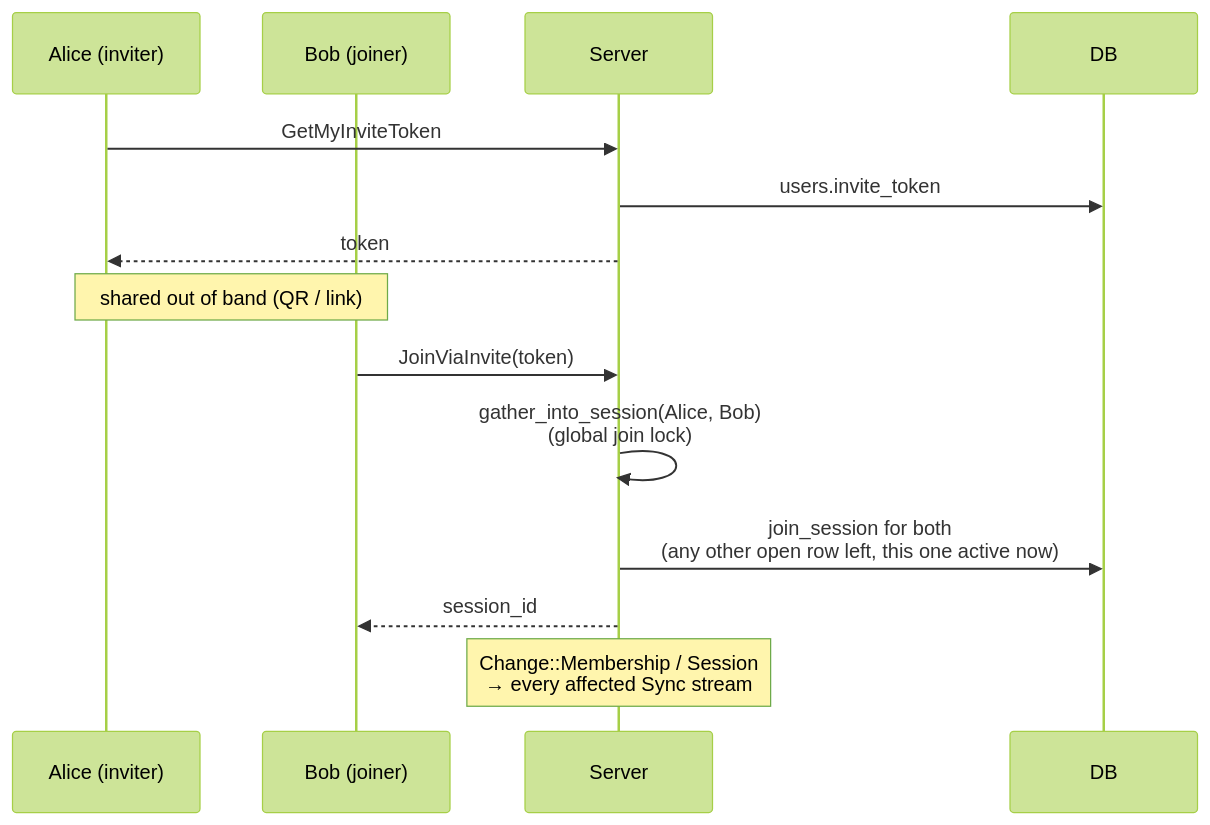
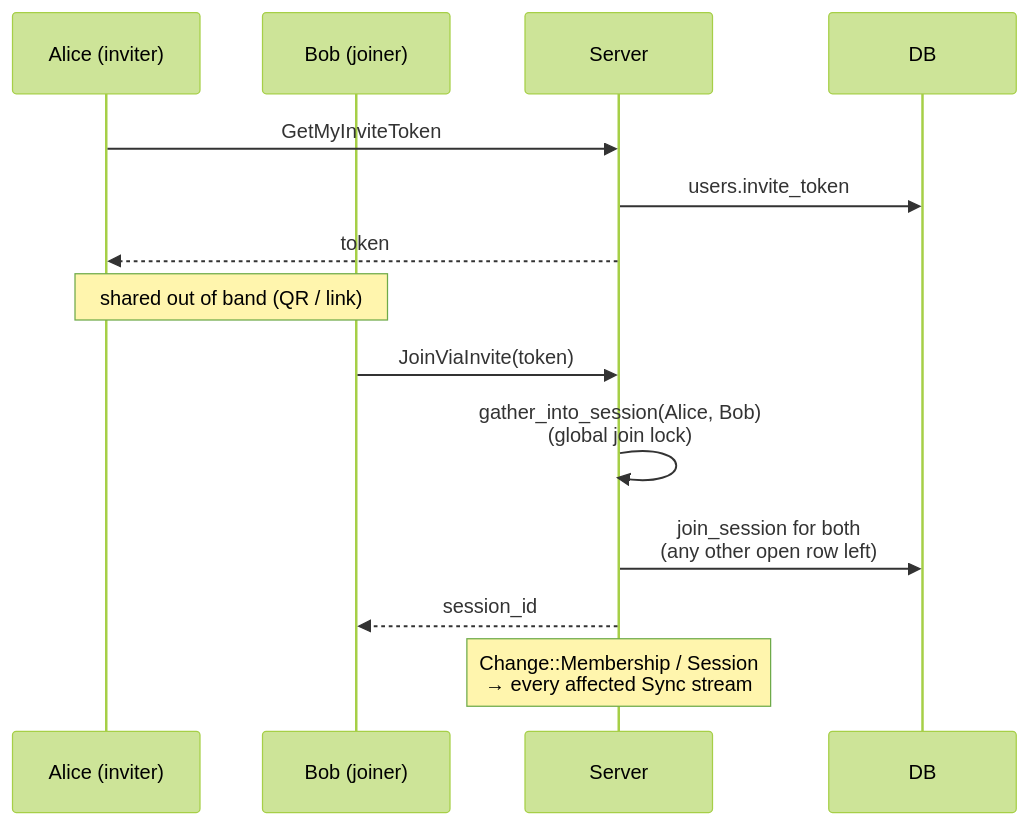
Before and after one commit to brensch/lift: the third of 4 diagrams in docs/architecture/multiplayer.md, drawn with Mermaid (forest theme). The commit also changed other lines of this file and 68 other files, not shown here.

````diff
--- a/docs/architecture/multiplayer.md
+++ b/docs/architecture/multiplayer.md
@@ -62,18 +69,18 @@
 ```mermaid
 sequenceDiagram
     participant A as Alice (inviter)
     participant B as Bob (joiner)
     participant S as Server
     participant DB
 
     A->>S: GetMyInviteToken
     S->>DB: users.invite_token
     S-->>A: token
     Note over A,B: shared out of band (QR / link)
 
     B->>S: JoinViaInvite(token)
     S->>S: gather_into_session(Alice, Bob)<br/>(global join lock)
-    S->>DB: join_session for both<br/>(any other open row left, this one active now)
+    S->>DB: join_session for both<br/>(any other open row left)
     S-->>B: session_id
     Note over S: Change::Membership / Session<br/>→ every affected Sync stream
 ```
````
